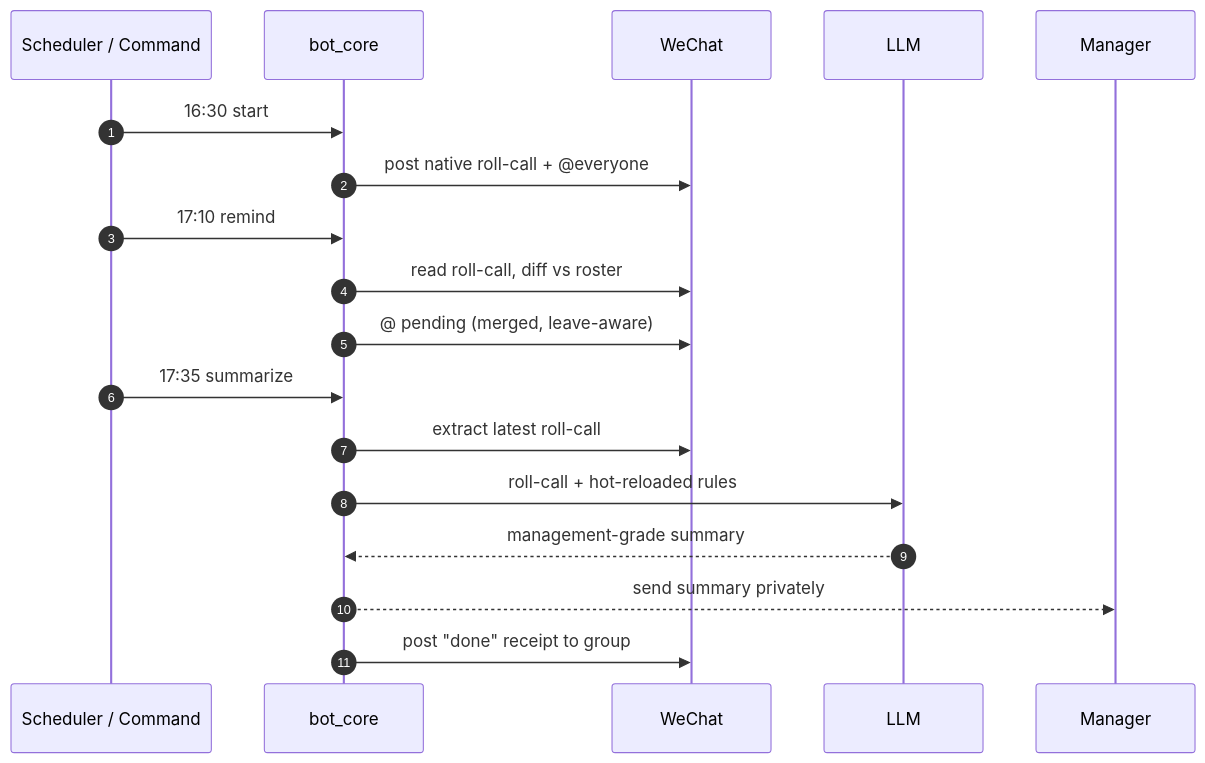
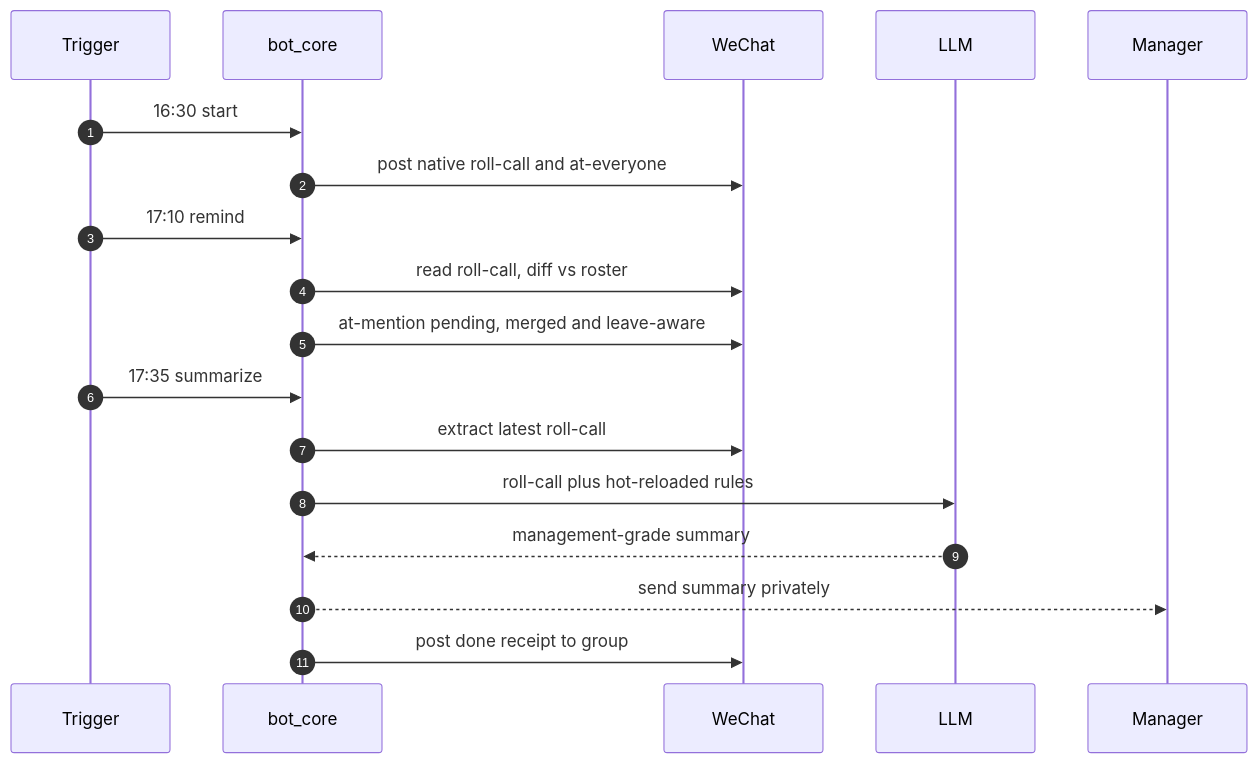
The second of 2 diagrams in README.md (perrycan/wechat-daily-report-bot), drawn with Mermaid before and after one commit. The commit also changed other lines of this file and 1 other file, not shown here.

Commit message:
docs: simplify Mermaid diagrams to plain ASCII so GitHub renders them

````diff
--- a/README.md
+++ b/README.md
@@ -71,20 +81,20 @@
 ```mermaid
 sequenceDiagram
     autonumber
-    participant S as Scheduler / Command
+    participant S as Trigger
     participant B as bot_core
     participant W as WeChat
     participant L as LLM
     participant M as Manager
-    S->>B: 16:30  start
-    B->>W: post native roll-call + @everyone
-    S->>B: 17:10  remind
+    S->>B: 16:30 start
+    B->>W: post native roll-call and at-everyone
+    S->>B: 17:10 remind
     B->>W: read roll-call, diff vs roster
-    B->>W: @ pending (merged, leave-aware)
-    S->>B: 17:35  summarize
+    B->>W: at-mention pending, merged and leave-aware
+    S->>B: 17:35 summarize
     B->>W: extract latest roll-call
-    B->>L: roll-call + hot-reloaded rules
+    B->>L: roll-call plus hot-reloaded rules
     L-->>B: management-grade summary
     B-->>M: send summary privately
-    B->>W: post "done" receipt to group
+    B->>W: post done receipt to group
 ```
````
